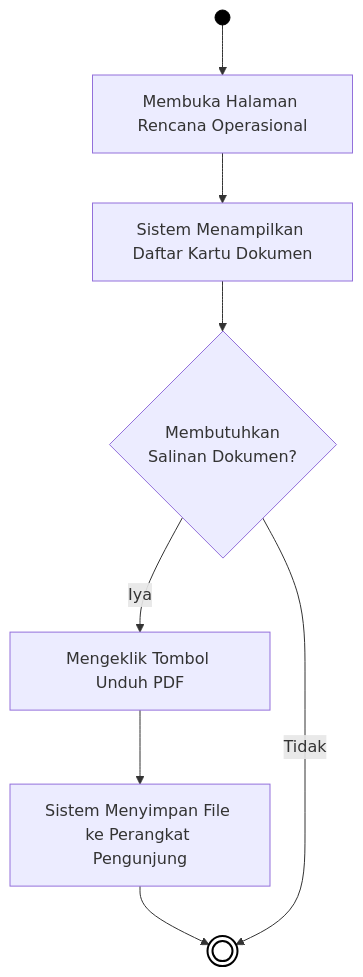
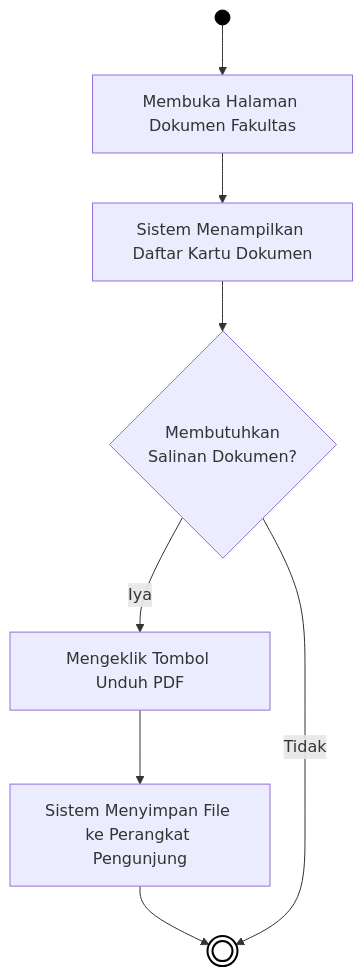
Before and after one commit to arbain-dev/Web_fikom: diagram 13 of 21 in docs/01B_DIAGRAM_AKTIVITAS_PUBLIK.md, drawn with Mermaid. The commit also changed other lines of this file and 5 other files, not shown here.

Commit message:
docs & ui: rename renop to dokumen fakultas and add alumni activity diagram

````diff
--- a/docs/01B_DIAGRAM_AKTIVITAS_PUBLIK.md
+++ b/docs/01B_DIAGRAM_AKTIVITAS_PUBLIK.md
@@ -350,16 +350,16 @@
 ```mermaid
 flowchart TD
-    Start(( )) --> A[Membuka Halaman Rencana Operasional]
+    Start(( )) --> A[Membuka Halaman Dokumen Fakultas]
     
     A --> B[Sistem Menampilkan Daftar Kartu Dokumen]
     B --> C{Membutuhkan\nSalinan Dokumen?}
     
     C -- Iya --> D[Mengeklik Tombol Unduh PDF]
     D --> E[Sistem Menyimpan File ke Perangkat Pengunjung]
     E --> End((( )))
     
     C -- Tidak --> End
     
     style Start fill:#000,stroke:#000,color:#000
     style End fill:#fff,stroke:#000,stroke-width:2px
 ```
````
